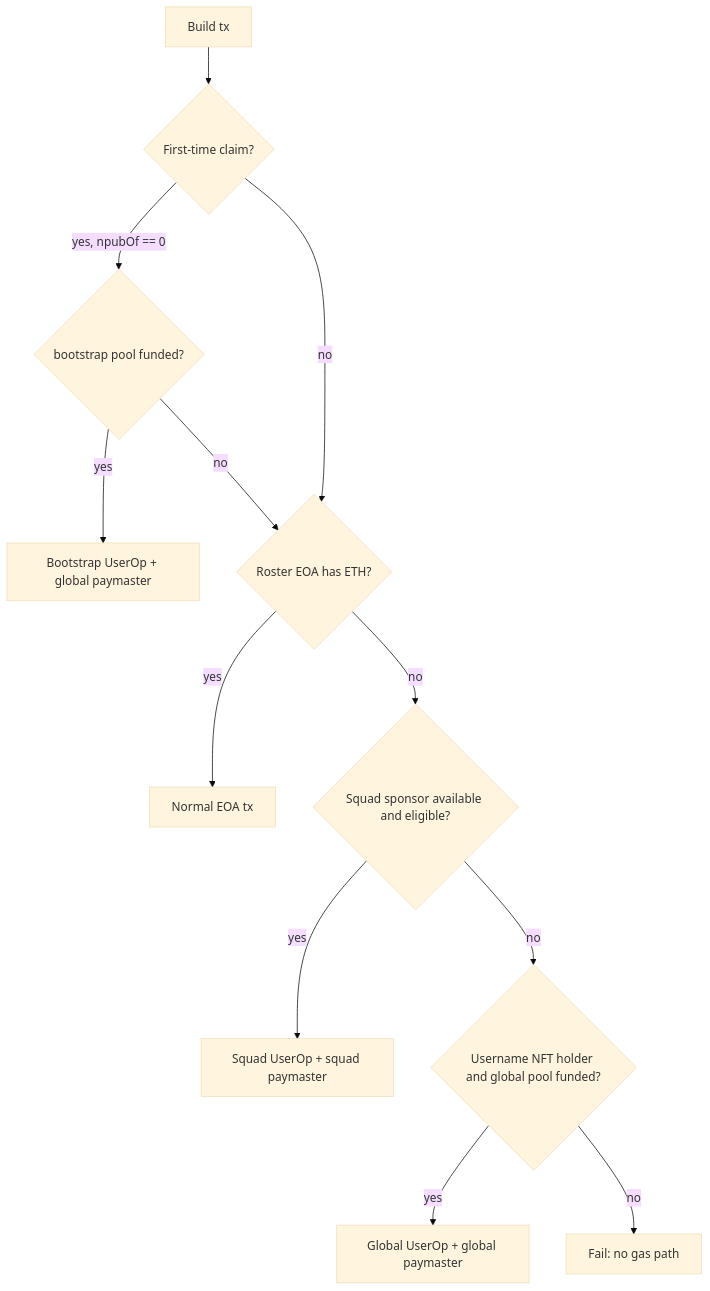
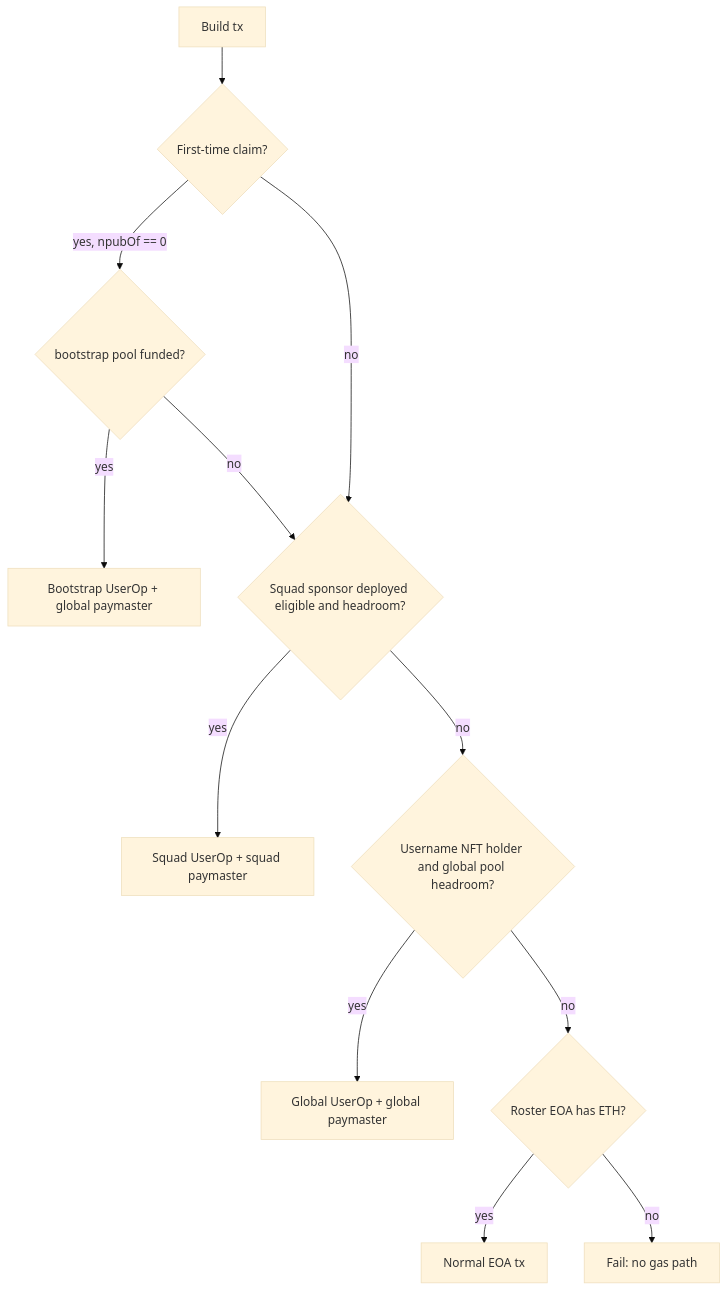
Before and after one commit to covenant-gov/pacto-username-nft: the diagram in docs/DESKTOP_CLIENT_INTEGRATION.md, drawn with Mermaid (base theme). The commit also changed other lines of this file and 21 other files, not shown here.

````diff
--- a/docs/DESKTOP_CLIENT_INTEGRATION.md
+++ b/docs/DESKTOP_CLIENT_INTEGRATION.md
@@ -44,26 +44,26 @@
 ```mermaid
 flowchart TD
   Start[Build tx]
   Claim{First-time claim?}
   Bootstrap{bootstrap pool funded?}
+  Squad{Squad sponsor deployed eligible and headroom?}
+  Global{Username NFT holder and global pool headroom?}
   HasEth{Roster EOA has ETH?}
-  Squad{Squad sponsor available and eligible?}
-  Global{Username NFT holder and global pool funded?}
   BootstrapOp[Bootstrap UserOp + global paymaster]
-  EOA[Normal EOA tx]
   SquadOp[Squad UserOp + squad paymaster]
   GlobalOp[Global UserOp + global paymaster]
+  EOA[Normal EOA tx]
   Fail[Fail: no gas path]
 
   Start --> Claim
   Claim -->|yes, npubOf == 0| Bootstrap
   Bootstrap -->|yes| BootstrapOp
-  Bootstrap -->|no| HasEth
-  Claim -->|no| HasEth
-  HasEth -->|yes| EOA
-  HasEth -->|no| Squad
+  Bootstrap -->|no| Squad
+  Claim -->|no| Squad
   Squad -->|yes| SquadOp
   Squad -->|no| Global
   Global -->|yes| GlobalOp
-  Global -->|no| Fail
+  Global -->|no| HasEth
+  HasEth -->|yes| EOA
+  HasEth -->|no| Fail
 ```
````
